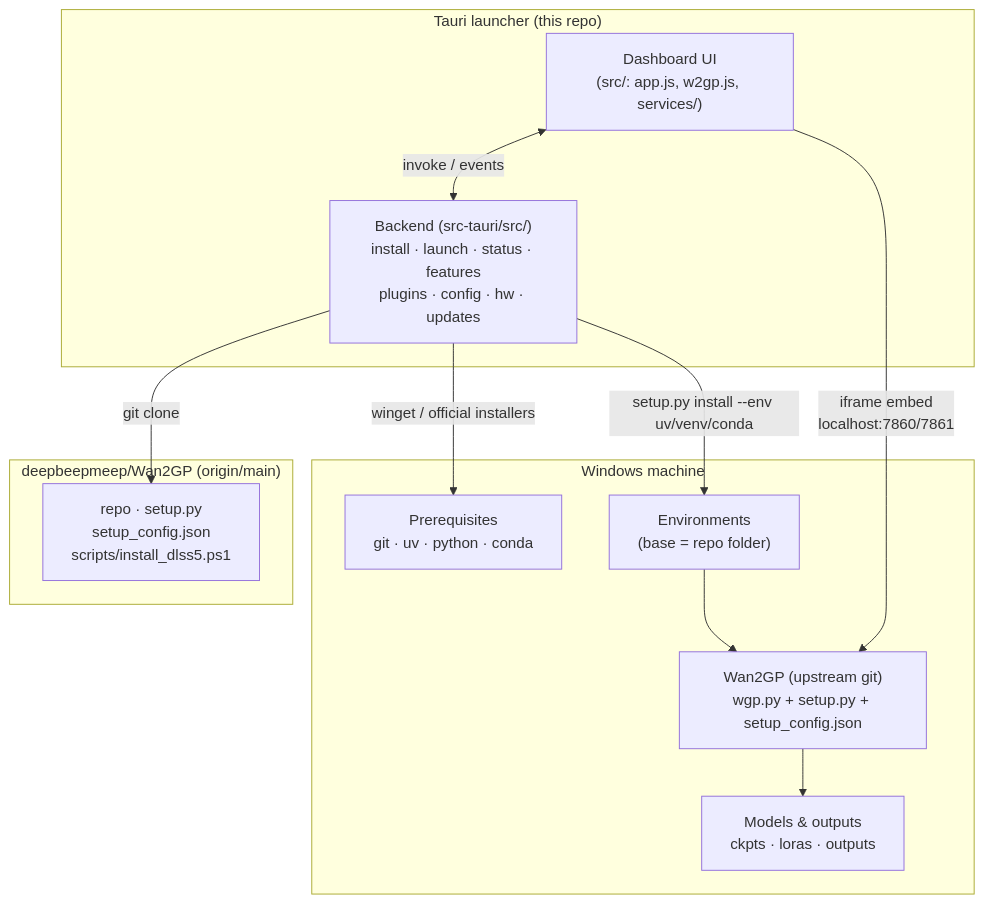
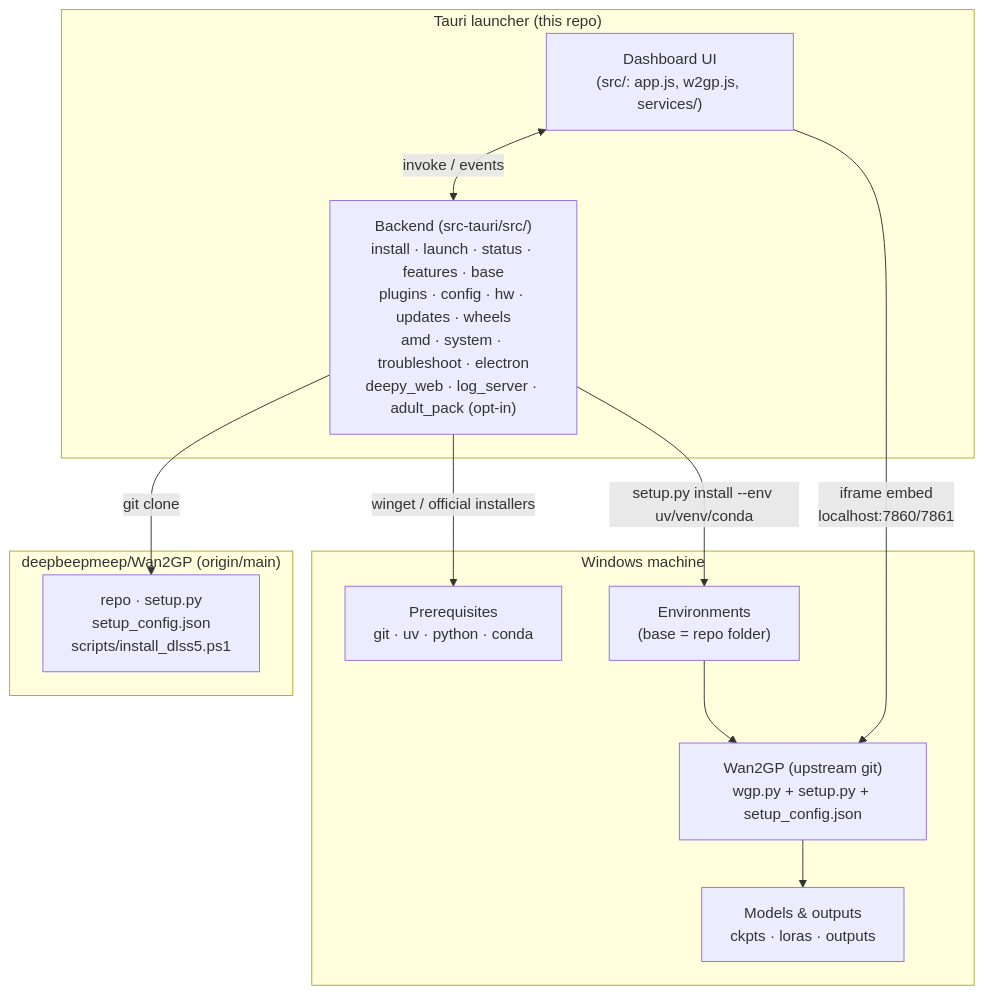
The first of 5 diagrams in docs/OVERVIEW.md (GKartist75/Wan2GP-Desktop-Tauri), drawn with Mermaid before and after one commit. The commit also changed 3 other files, not shown here.

````diff
--- a/docs/OVERVIEW.md
+++ b/docs/OVERVIEW.md
@@ -9,23 +9,23 @@
 ```mermaid
 flowchart TB
     subgraph Launcher["Tauri launcher (this repo)"]
         UI["Dashboard UI\n(src/: app.js, w2gp.js, services/)"]
-        BE["Backend (src-tauri/src/)\ninstall · launch · status · features\nplugins · config · hw · updates"]
+        BE["Backend (src-tauri/src/)\ninstall · launch · status · features · base\nplugins · config · hw · updates · wheels\namd · system · troubleshoot · electron\ndeepy_web · log_server · adult_pack (opt-in)"]
         UI <-->|invoke / events| BE
     end
     subgraph Machine["Windows machine"]
         PREREQ["Prerequisites\ngit · uv · python · conda"]
         ENV["Environments\n(base = repo folder)"]
         WAN2GP["Wan2GP (upstream git)\nwgp.py + setup.py + setup_config.json"]
         MODELS["Models & outputs\nckpts · loras · outputs"]
     end
     subgraph Upstream["deepbeepmeep/Wan2GP (origin/main)"]
         UPSTREAM_REPO["repo · setup.py\nsetup_config.json\nscripts/install_dlss5.ps1"]
     end
     BE -->|winget / official installers| PREREQ
     BE -->|git clone| UPSTREAM_REPO
     BE -->|setup.py install --env uv/venv/conda| ENV
     ENV --> WAN2GP
     WAN2GP --> MODELS
     UI -->|iframe embed\nlocalhost:7860/7861| WAN2GP
 ```
````
